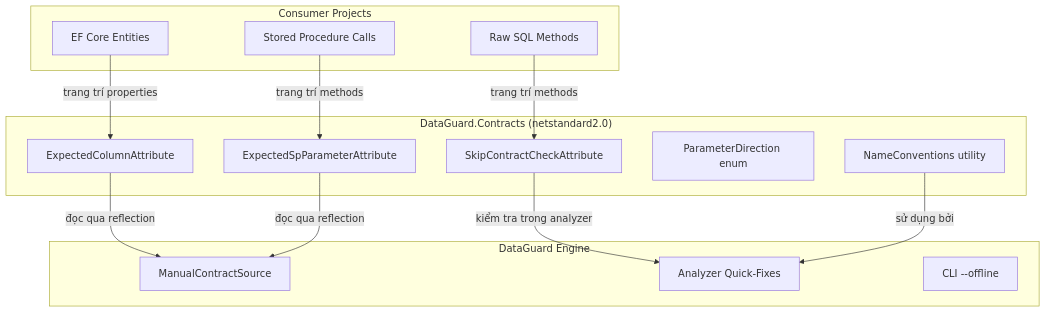
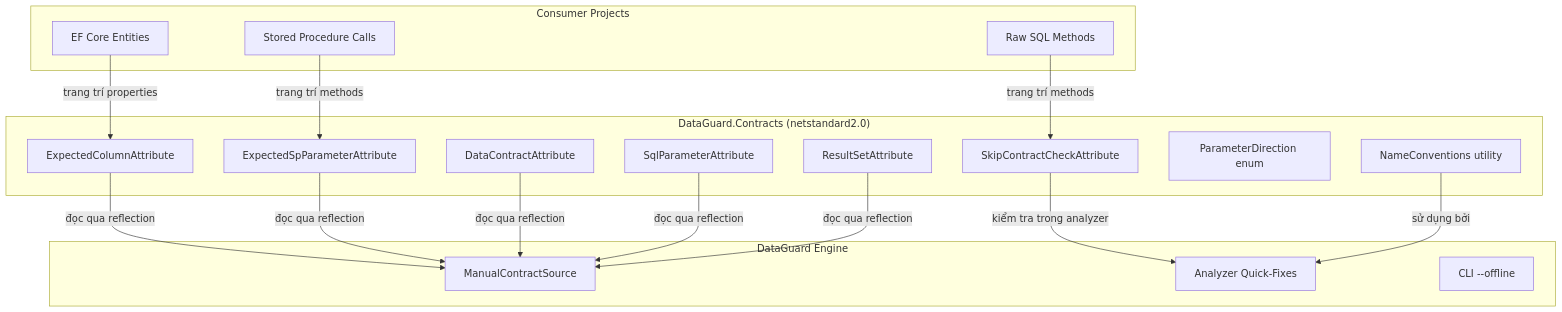
One commit to thanhnt-sm/eco_support_net_oracle changed the first of 2 diagrams in docs/03-components/contracts/contract-attributes.vi.md. Above: the diagram before and after it, drawn with Mermaid. The commit also changed other lines of this file and 266 other files, not shown here.

````diff
--- a/docs/03-components/contracts/contract-attributes.vi.md
+++ b/docs/03-components/contracts/contract-attributes.vi.md
@@ -7,31 +7,37 @@
 ```mermaid
 graph TB
     subgraph "DataGuard.Contracts (netstandard2.0)"
         SCA[SkipContractCheckAttribute]
         ECA[ExpectedColumnAttribute]
         ESPA[ExpectedSpParameterAttribute]
+        DCA[DataContractAttribute]
+        SPA[SqlParameterAttribute]
+        RSA[ResultSetAttribute]
         PD[ParameterDirection enum]
         NC[NameConventions utility]
     end
 
     subgraph "Consumer Projects"
         EF[EF Core Entities]
         SP[Stored Procedure Calls]
         RAW[Raw SQL Methods]
     end
 
     subgraph "DataGuard Engine"
         MS[ManualContractSource]
         IDE[Analyzer Quick-Fixes]
         CLI[CLI --offline]
     end
 
     EF -->|trang trí properties| ECA
     SP -->|trang trí methods| ESPA
     RAW -->|trang trí methods| SCA
 
     ECA -->|đọc qua reflection| MS
     ESPA -->|đọc qua reflection| MS
+    DCA -->|đọc qua reflection| MS
+    SPA -->|đọc qua reflection| MS
+    RSA -->|đọc qua reflection| MS
     SCA -->|kiểm tra trong analyzer| IDE
     NC -->|sử dụng bởi| IDE
 ```
````
